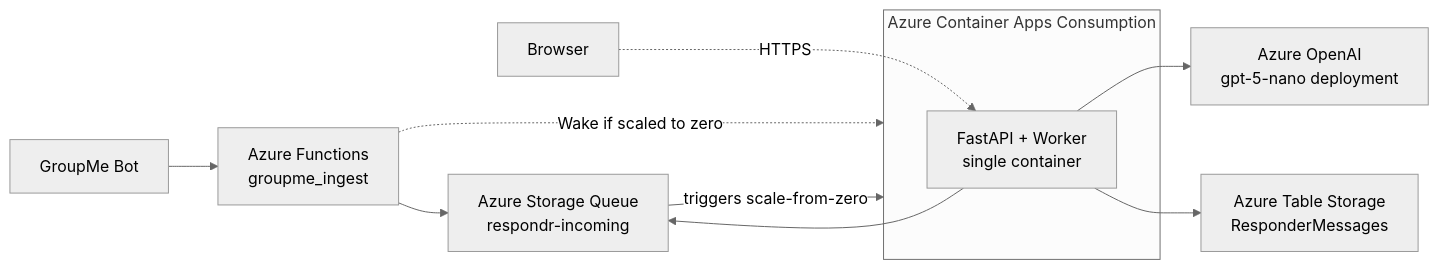
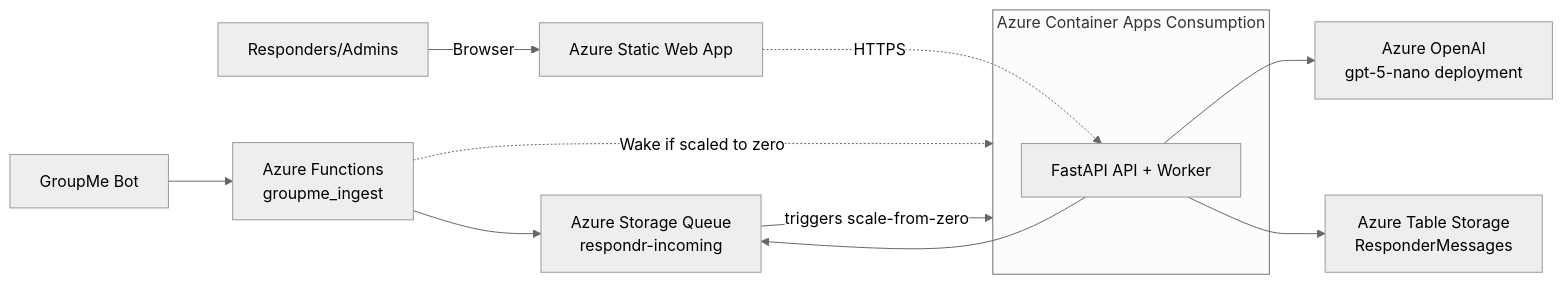
The first of 3 diagrams in README.md (scvsar/respondr-lite), drawn with Mermaid (neutral theme) before and after one commit. The commit also changed other lines of this file, not shown here.

````diff
--- a/README.md
+++ b/README.md
@@ -18,17 +19,18 @@
 ```mermaid
 graph LR
   GM[GroupMe Bot] --> AF[Azure Functions<br/>groupme_ingest]
   AF --> Q[Azure Storage Queue<br/>respondr-incoming]
   AF -.->|Wake if scaled to zero| ACA
 
   subgraph ACA[Azure Container Apps Consumption]
-    APP[FastAPI + Worker<br/>single container]
+    API[FastAPI API + Worker]
   end
 
   Q -->|triggers scale-from-zero| ACA
-  APP --> Q
-  APP --> AOAI[Azure OpenAI<br/>gpt-5-nano deployment]
-  APP --> TS[Azure Table Storage<br/>ResponderMessages]
+  API --> Q
+  API --> AOAI[Azure OpenAI<br/>gpt-5-nano deployment]
+  API --> TS[Azure Table Storage<br/>ResponderMessages]
 
-  U[Browser] -.->|HTTPS| APP
+  SWA[Azure Static Web App] -.->|HTTPS| API
+  U[Responders/Admins] -->|Browser| SWA
 ```
````
